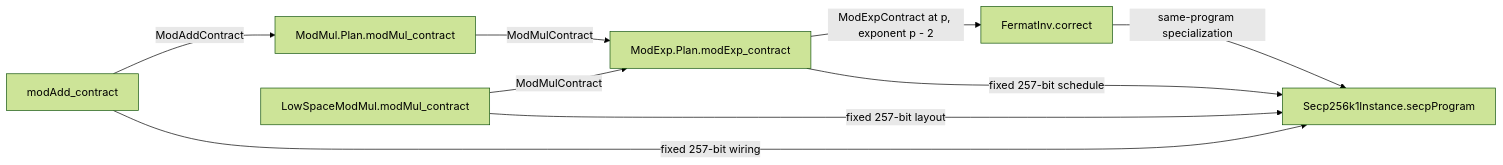
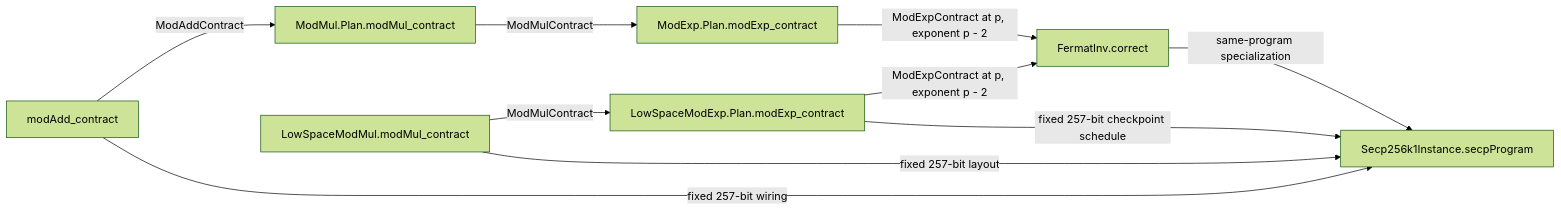
Before and after one commit to VerifiedQC/ShorECDLP: the second of 2 diagrams in ShorECDLP/Submission/Arithmetic/README.md, drawn with Mermaid (forest theme). The commit also changed other lines of this file and 12 other files, not shown here.

Commit message:
Add checkpointed low-space modular exponentiation

````diff
--- a/ShorECDLP/Submission/Arithmetic/README.md
+++ b/ShorECDLP/Submission/Arithmetic/README.md
@@ -104,18 +106,20 @@
 ```mermaid
 flowchart LR
   Add["modAdd_contract"]
   LegacyMul["ModMul.Plan.modMul_contract"]
   LowMul["LowSpaceModMul.modMul_contract"]
-  Exp["ModExp.Plan.modExp_contract"]
+  LegacyExp["ModExp.Plan.modExp_contract"]
+  LowExp["LowSpaceModExp.Plan.modExp_contract"]
   Inv["FermatInv.correct"]
   Instance["Secp256k1Instance.secpProgram"]
 
   Add -->|ModAddContract| LegacyMul
-  LegacyMul -->|ModMulContract| Exp
-  LowMul -->|ModMulContract| Exp
-  Exp -->|ModExpContract at p, exponent p - 2| Inv
+  LegacyMul -->|ModMulContract| LegacyExp
+  LowMul -->|ModMulContract| LowExp
+  LegacyExp -->|ModExpContract at p, exponent p - 2| Inv
+  LowExp -->|ModExpContract at p, exponent p - 2| Inv
   Add -->|fixed 257-bit wiring| Instance
   LowMul -->|fixed 257-bit layout| Instance
-  Exp -->|fixed 257-bit schedule| Instance
+  LowExp -->|fixed 257-bit checkpoint schedule| Instance
   Inv -->|same-program specialization| Instance
 ```
````
